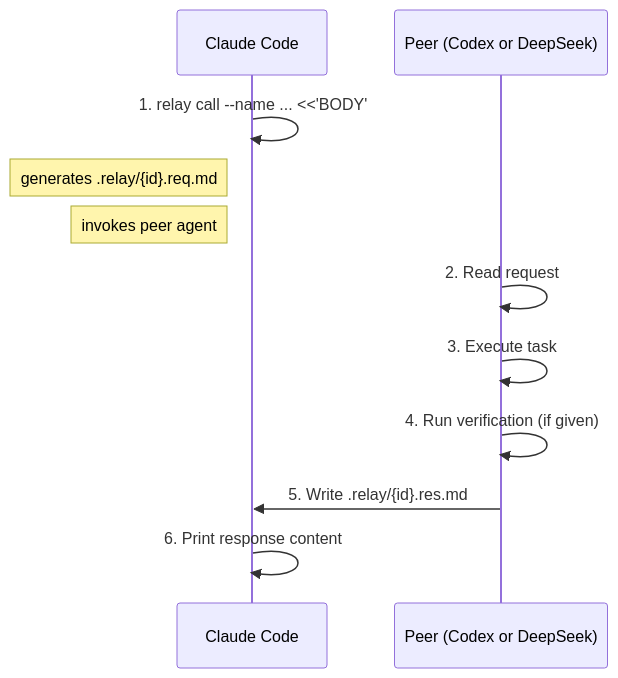
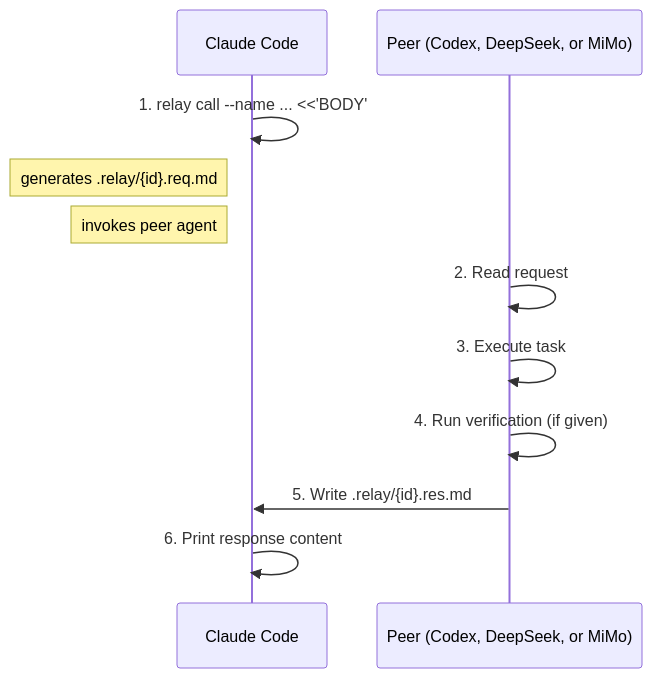
Before and after one commit to chrisliu298/dotfiles: the diagram in agents/extensions/skills/relay/README.md, drawn with Mermaid. The commit also changed other lines of this file and 6 other files, not shown here.

````diff
--- a/agents/extensions/skills/relay/README.md
+++ b/agents/extensions/skills/relay/README.md
@@ -88,14 +93,14 @@
 ```mermaid
 sequenceDiagram
     participant C as Claude Code
-    participant P as Peer (Codex or DeepSeek)
+    participant P as Peer (Codex, DeepSeek, or MiMo)
 
     C->>C: 1. relay call --name ... <<'BODY'
     Note left of C: generates .relay/{id}.req.md
     Note left of C: invokes peer agent
     P->>P: 2. Read request
     P->>P: 3. Execute task
     P->>P: 4. Run verification (if given)
     P->>C: 5. Write .relay/{id}.res.md
     C->>C: 6. Print response content
 ```
````
